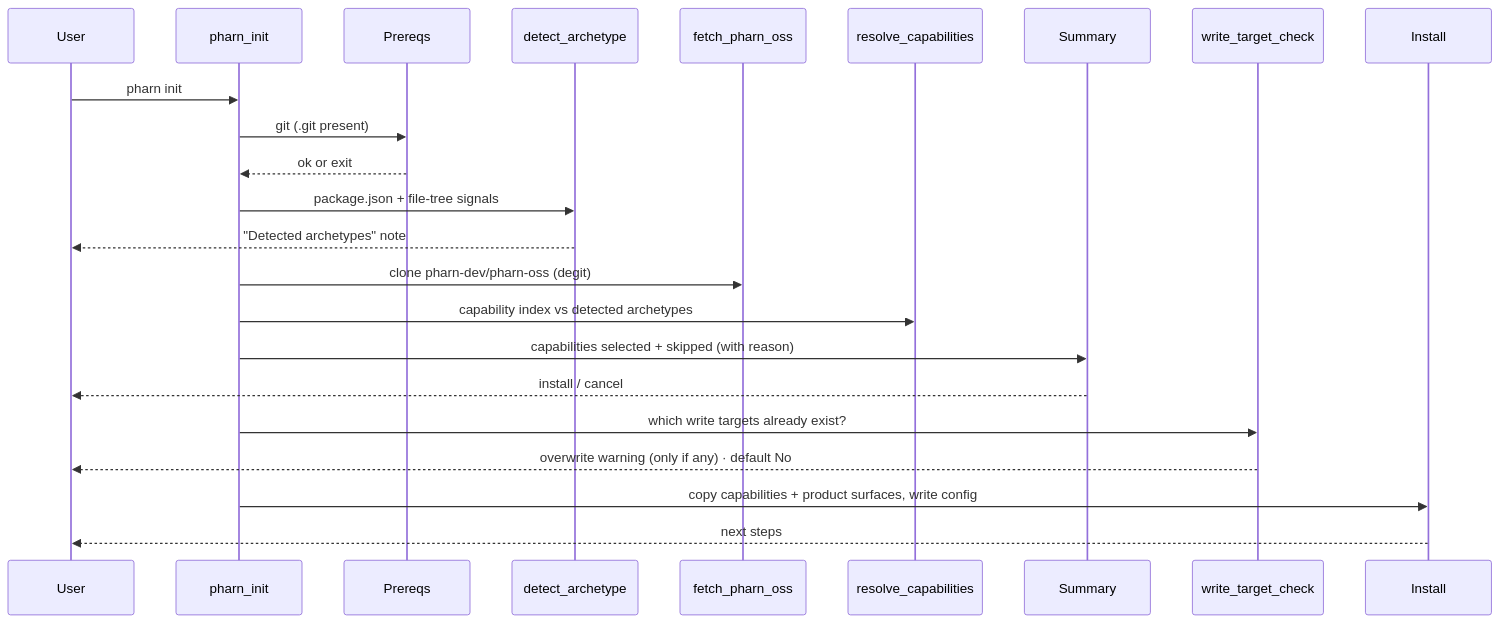
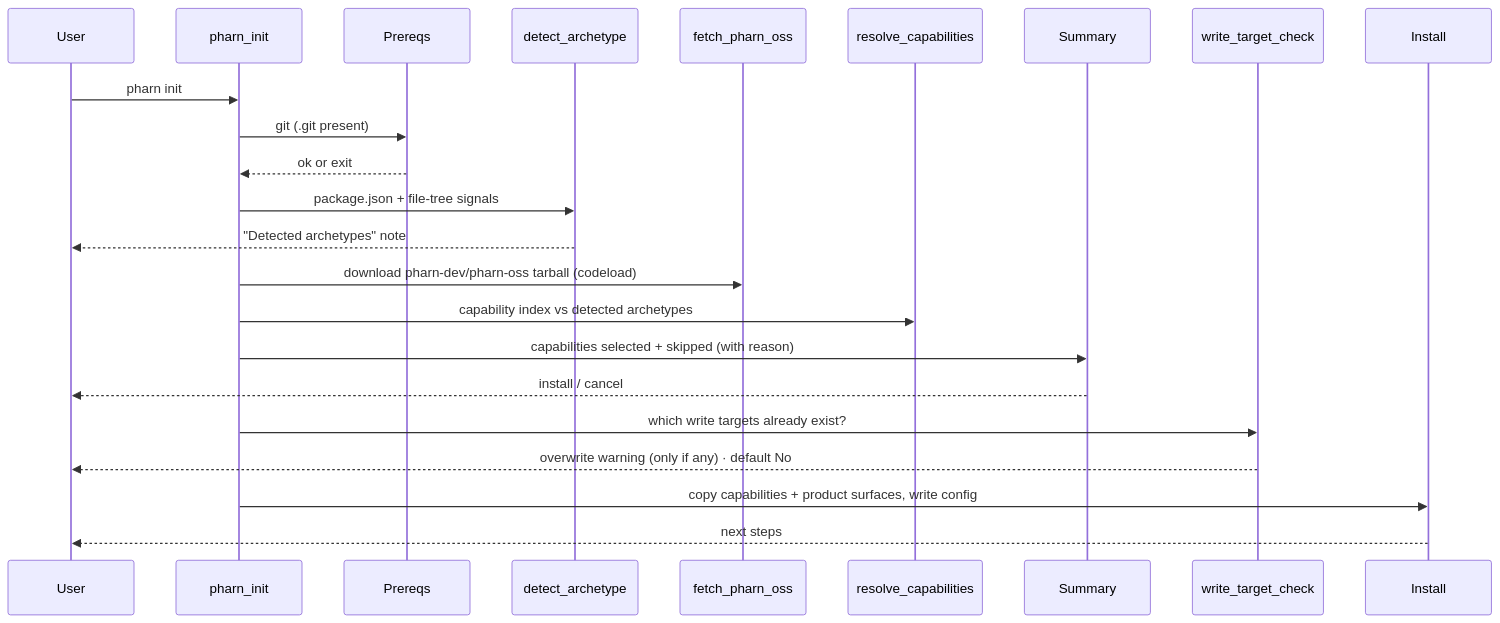
Before and after one commit to pharn-dev/pharn-cli: the diagram in docs/commands/init.md, drawn with Mermaid. The commit also changed other lines of this file and 37 other files, not shown here.

````diff
--- a/docs/commands/init.md
+++ b/docs/commands/init.md
@@ -42,26 +42,26 @@
 ```mermaid
 sequenceDiagram
   participant User
   participant CLI as pharn_init
   participant Prereqs
   participant Detect as detect_archetype
   participant Fetch as fetch_pharn_oss
   participant Resolve as resolve_capabilities
   participant Summary
   participant Conflict as write_target_check
   participant Install
 
   User->>CLI: pharn init
   CLI->>Prereqs: git (.git present)
   Prereqs-->>CLI: ok or exit
   CLI->>Detect: package.json + file-tree signals
   Detect-->>User: "Detected archetypes" note
-  CLI->>Fetch: clone pharn-dev/pharn-oss (degit)
+  CLI->>Fetch: download pharn-dev/pharn-oss tarball (codeload)
   CLI->>Resolve: capability index vs detected archetypes
   CLI->>Summary: capabilities selected + skipped (with reason)
   Summary-->>User: install / cancel
   CLI->>Conflict: which write targets already exist?
   Conflict-->>User: overwrite warning (only if any) · default No
   CLI->>Install: copy capabilities + product surfaces, write config
   Install-->>User: next steps
 ```
````
